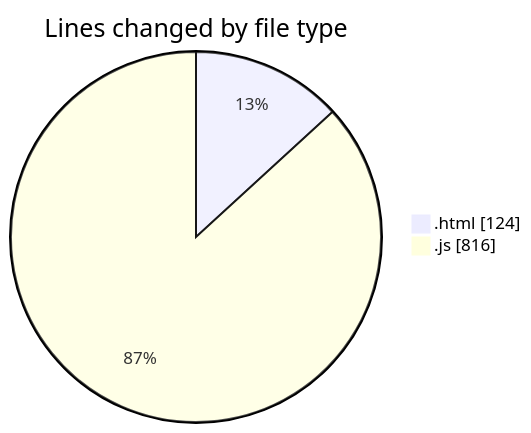
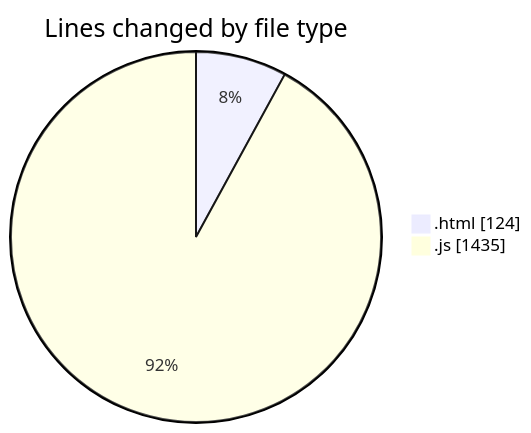
The first of 2 diagrams in 2025-09-20/www/README.md (vahidmafi/code-tracking), drawn with Mermaid before and after one commit. The commit also changed other lines of this file and 1 other file, not shown here.

````diff
--- a/2025-09-20/www/README.md
+++ b/2025-09-20/www/README.md
@@ -21,6 +22,6 @@
 ```mermaid
 pie showData
 title Lines changed by file type
 ".html" : 124
-".js" : 816
+".js" : 1435
 ```
````
